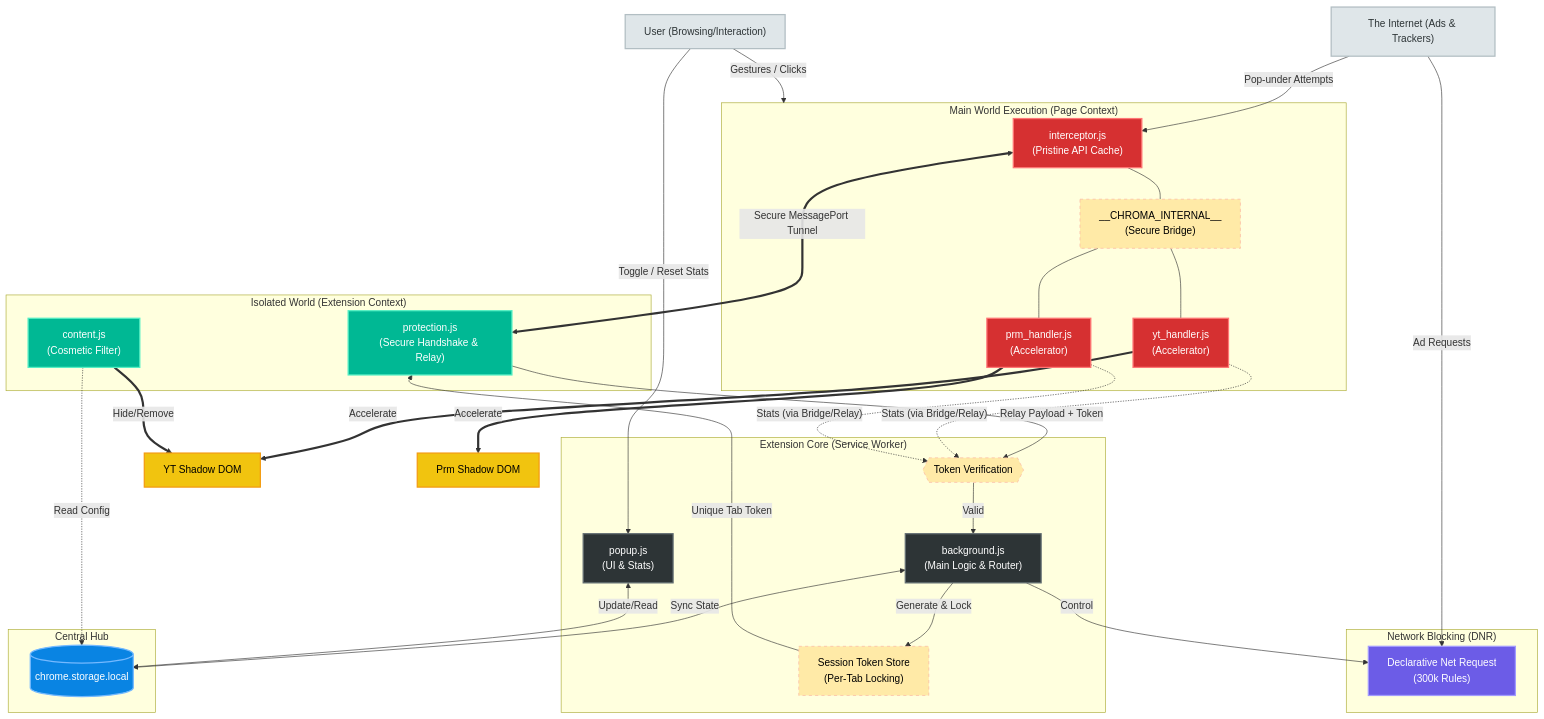
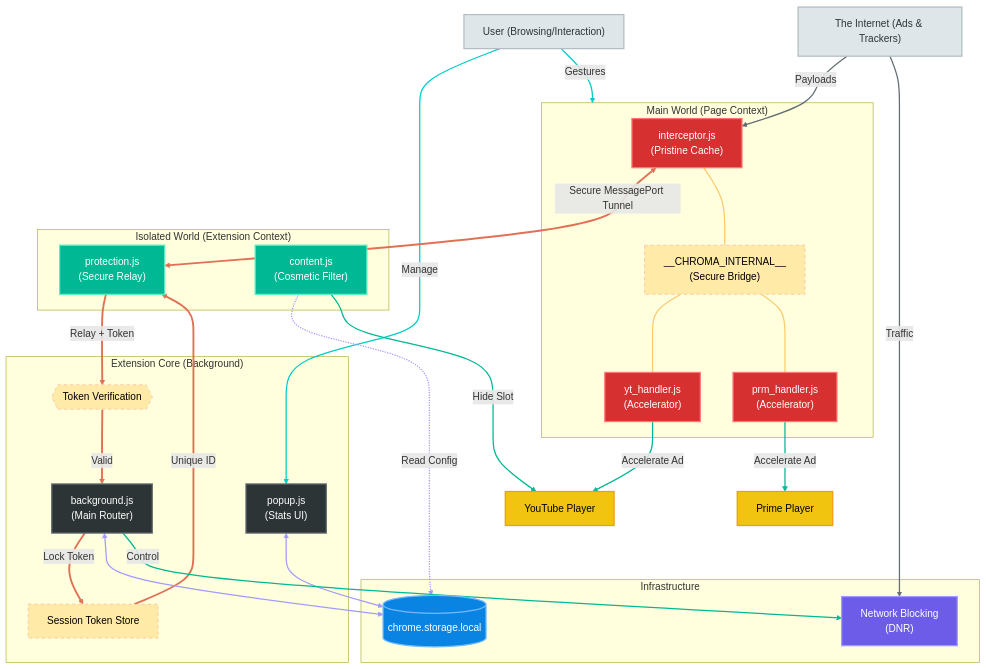
The diagram in README.md (Dabrogost/Chroma-Ad-Blocker), drawn with Mermaid before and after one commit.

````diff
--- a/README.md
+++ b/README.md
@@ -33,65 +33,80 @@
     classDef secure fill:#ffeaa7,color:#000,stroke:#fab1a0,stroke-dasharray: 5 5
     classDef actor fill:#dfe6e9,color:#2d3436,stroke:#b2bec3,stroke-width:2px
 
+    %% Actors
     USER["User (Browsing/Interaction)"]:::actor
     INTERNET["The Internet (Ads & Trackers)"]:::actor
 
-    subgraph SW["Extension Core (Service Worker)"]
-        BS["background.js<br/>(Main Logic & Router)"]:::sw
-        AUTH["Session Token Store<br/>(Per-Tab Locking)"]:::secure
-        VERIFY{{"Token Verification"}}:::secure
-        POPUP["popup.js<br/>(UI & Stats)"]:::sw
-    end
-
-    subgraph ST["Central Hub"]
-        STORAGE[("chrome.storage.local")]:::storage
-    end
-
-    subgraph MW["Main World Execution (Page Context)"]
-        MW_INT["interceptor.js<br/>(Pristine API Cache)"]:::main
+    %% Row 1: The Page Execution Context
+    subgraph MW["Main World (Page Context)"]
+        MW_INT["interceptor.js<br/>(Pristine Cache)"]:::main
         BRIDGE["__CHROMA_INTERNAL__<br/>(Secure Bridge)"]:::secure
         CS_YT["yt_handler.js<br/>(Accelerator)"]:::main
         CS_PV["prm_handler.js<br/>(Accelerator)"]:::main
     end
 
+    %% Row 2: The Relay and Cosmetic Logic
     subgraph IW["Isolated World (Extension Context)"]
-        CS_PROT["protection.js<br/>(Secure Handshake & Relay)"]:::isolated
+        CS_PROT["protection.js<br/>(Secure Relay)"]:::isolated
         CS_GEN["content.js<br/>(Cosmetic Filter)"]:::isolated
     end
 
-    subgraph DN["Network Blocking (DNR)"]
-        DNR["Declarative Net Request<br/>(300k Rules)"]:::dnr
+    %% Row 3: Backend & Interface
+    subgraph SW["Extension Core (Background)"]
+        VERIFY{{"Token Verification"}}:::secure
+        BS["background.js<br/>(Main Router)"]:::sw
+        AUTH["Session Token Store"]:::secure
+        POPUP["popup.js<br/>(Stats UI)"]:::sw
     end
 
-    %% User & Internet Interaction
-    USER -- "Gestures / Clicks" --> MW
-    USER -- "Toggle / Reset Stats" --> POPUP
-    INTERNET -- "Ad Requests" --> DNR
-    INTERNET -- "Pop-under Attempts" --> MW_INT
+    %% Row 4: Infrastructure
+    subgraph System["Infrastructure"]
+        STORAGE[("chrome.storage.local")]:::storage
+        DNR["Network Blocking<br/>(DNR)"]:::dnr
+    end
 
-    %% Handshake & Communication
+    %% Interaction Paths (Indexes: 0, 1)
+    USER -- "Gestures" --> MW
+    USER -- "Manage" --> POPUP
+    
+    %% Threat Paths (Indexes: 2, 3)
+    INTERNET -- "Payloads" --> MW_INT
+    INTERNET -- "Traffic" --> DNR
+
+    %% Secure Tunnel Path (Indexes: 4, 5, 6, 7, 8)
     MW_INT <==>|"Secure MessagePort Tunnel"| CS_PROT
+    CS_PROT -- "Relay + Token" --> VERIFY
+    VERIFY -- "Valid" --> BS
+    BS -- "Lock Token" --> AUTH
+    AUTH -- "Unique ID" --> CS_PROT
+
+    %% Internal Bridge Path (Indexes: 9, 10, 11)
     MW_INT --- BRIDGE
     BRIDGE --- CS_YT
     BRIDGE --- CS_PV
 
-    CS_PROT -- "Relay Payload + Token" --> VERIFY
-    VERIFY -- "Valid" --> BS
-    
-    BS -- "Generate & Lock" --> AUTH
-    AUTH -- "Unique Tab Token" --> CS_PROT
-
-    %% Stats & Config
-    BS <-->|"Sync State"| STORAGE
-    POPUP <-->|"Update/Read"| STORAGE
+    %% System Connections (Indexes: 12, 13, 14, 15)
+    BS <--> STORAGE
+    POPUP <--> STORAGE
     CS_GEN -.->|"Read Config"| STORAGE
-    CS_YT -.->|"Stats (via Bridge/Relay)"| VERIFY
-    CS_PV -.->|"Stats (via Bridge/Relay)"| VERIFY
-
     BS -- "Control" --> DNR
 
-    %% DOM Interaction
-    CS_YT ==>|"Accelerate"| DOM_YT["YT Shadow DOM"]:::dom
-    CS_PV ==>|"Accelerate"| DOM_PV["Prm Shadow DOM"]:::dom
-    CS_GEN ==>|"Hide/Remove"| DOM_YT
+    %% DOM Actions (Indexes: 16, 17, 18)
+    CS_YT ==>|"Accelerate Ad"| YT_DOM["YouTube Player"]:::dom
+    CS_PV ==>|"Accelerate Ad"| PV_DOM["Prime Player"]:::dom
+    CS_GEN ==>|"Hide Slot"| YT_DOM
+
+    %% --- Logic Tracing (Link Styles) ---
+    %% User Interaction: Cyan
+    linkStyle 0,1 stroke:#00cec9,stroke-width:2px;
+    %% Threat/Traffic: Grey
+    linkStyle 2,3 stroke:#636e72,stroke-width:2px;
+    %% Security Pipeline: Orange
+    linkStyle 4,5,6,7,8 stroke:#e17055,stroke-width:3px;
+    %% Internal Bridge: Yellow
+    linkStyle 9,10,11 stroke:#fdcb6e,stroke-width:2px;
+    %% Storage/Config: Purple
+    linkStyle 12,13,14 stroke:#a29bfe,stroke-width:2px;
+    %% Control & Action: Green
+    linkStyle 15,16,17,18 stroke:#00b894,stroke-width:2px;
 ```
````
